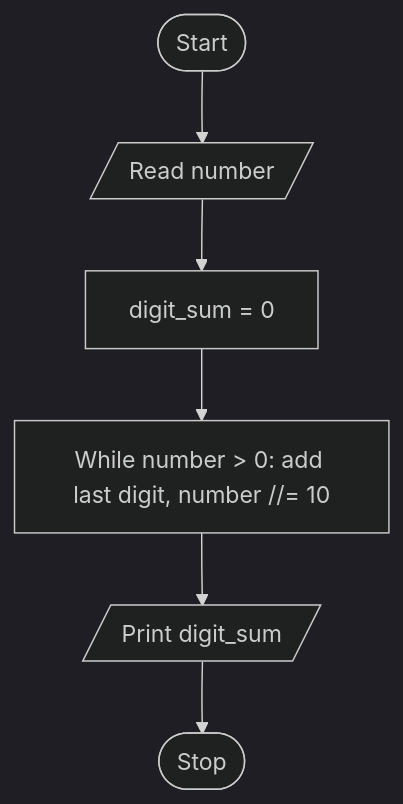
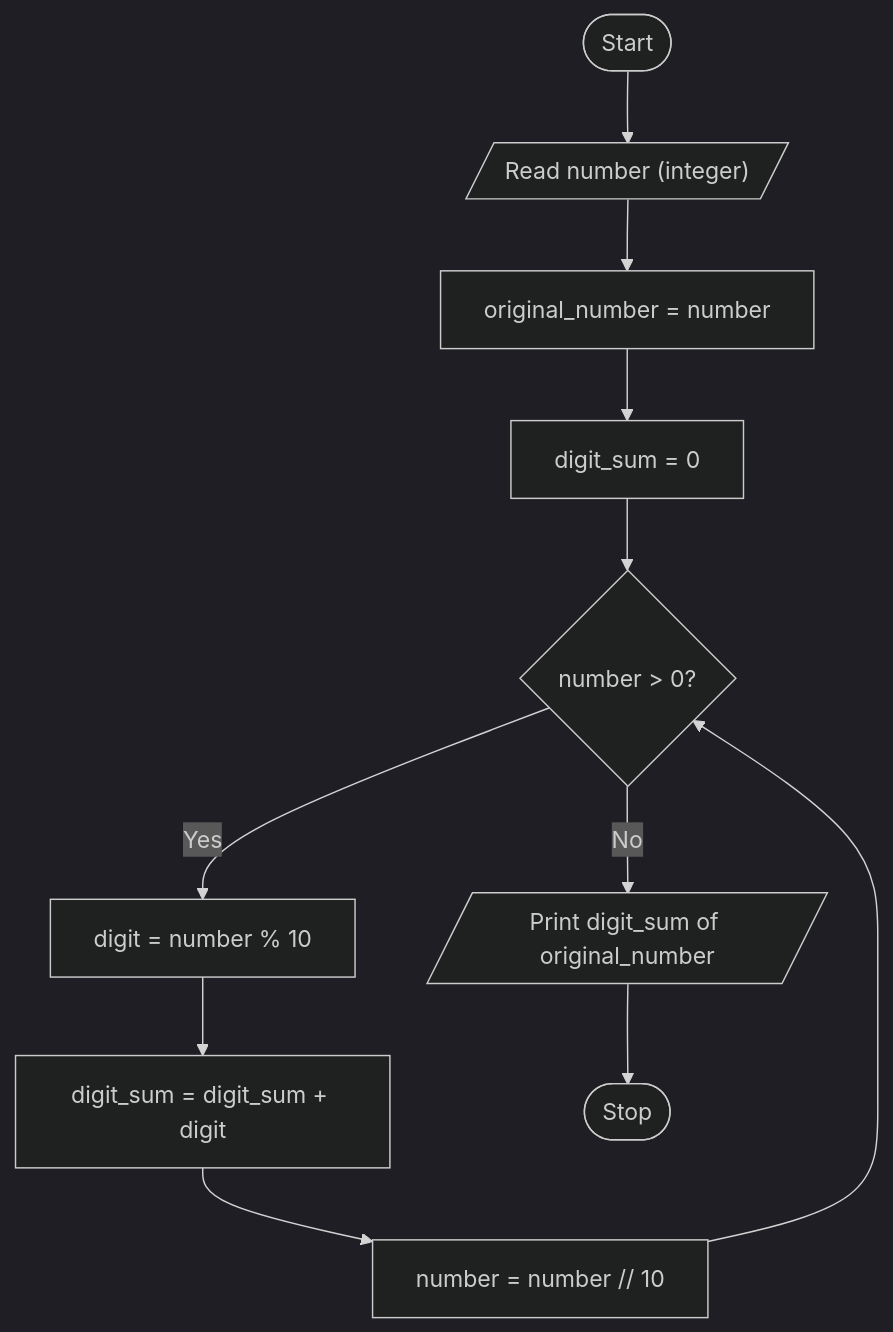
One commit to asvnphanindra/2026-27_PythonProgrammingCourse changed the diagram in .faculty/observations/u2b8dig.md. Above: the diagram before and after it, drawn with Mermaid (dark theme). The commit also changed 20 other files, not shown here.

Commit message:
Expand Full-observation flowcharts with step-by-step Mermaid detail.

````diff
--- a/.faculty/observations/u2b8dig.md
+++ b/.faculty/observations/u2b8dig.md
@@ -48,14 +48,16 @@
 ```mermaid
 flowchart TD
-    N0(["Start"])
-    N1[/"Read number"/]
-    N2["digit_sum = 0"]
-    N3["While number > 0: add last digit, number //= 10"]
-    N4[/"Print digit_sum"/]
-    N5(["Stop"])
-    N0 --> N1
-    N1 --> N2
-    N2 --> N3
-    N3 --> N4
-    N4 --> N5
+Start(["Start"])
+R1[/"Read number (integer)"/]
+P1["original_number = number"]
+P2["digit_sum = 0"]
+D1{"number > 0?"}
+P3["digit = number % 10"]
+P4["digit_sum = digit_sum + digit"]
+P5["number = number // 10"]
+O1[/"Print digit_sum of original_number"/]
+Stop(["Stop"])
+Start --> R1 --> P1 --> P2 --> D1
+D1 -->|Yes| P3 --> P4 --> P5 --> D1
+D1 -->|No| O1 --> Stop
 ```
````
